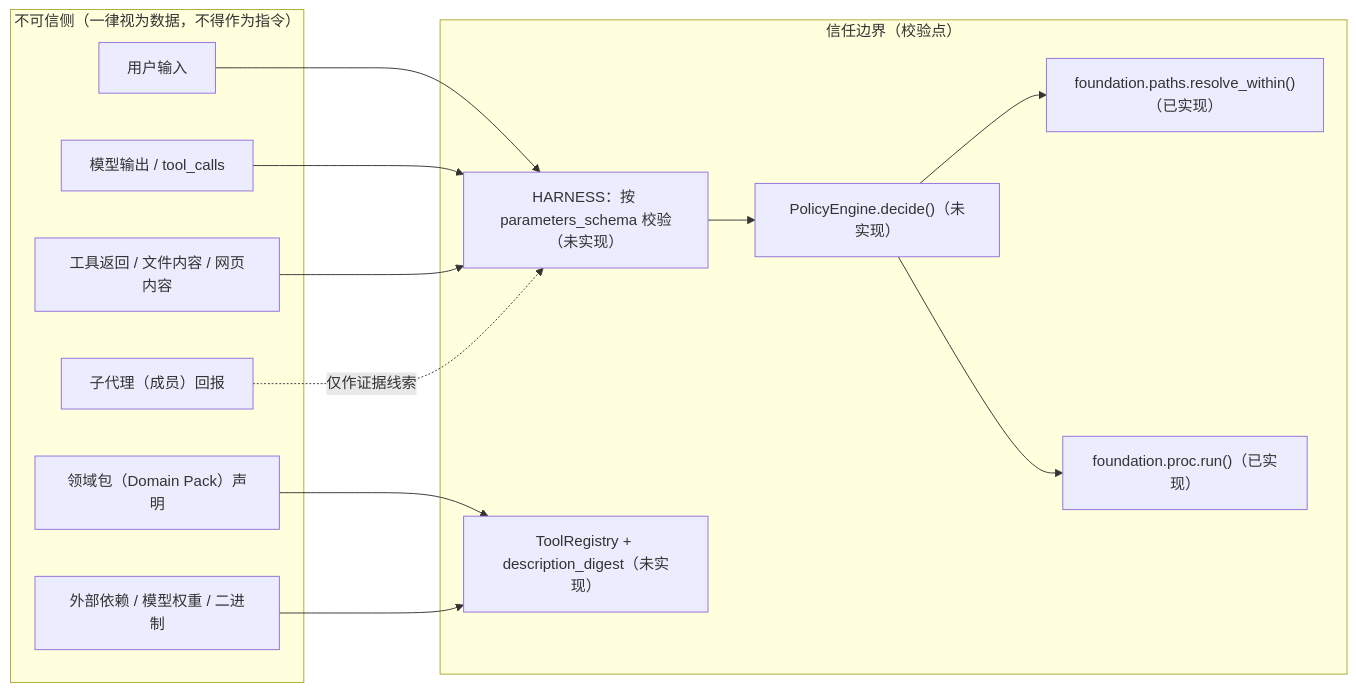
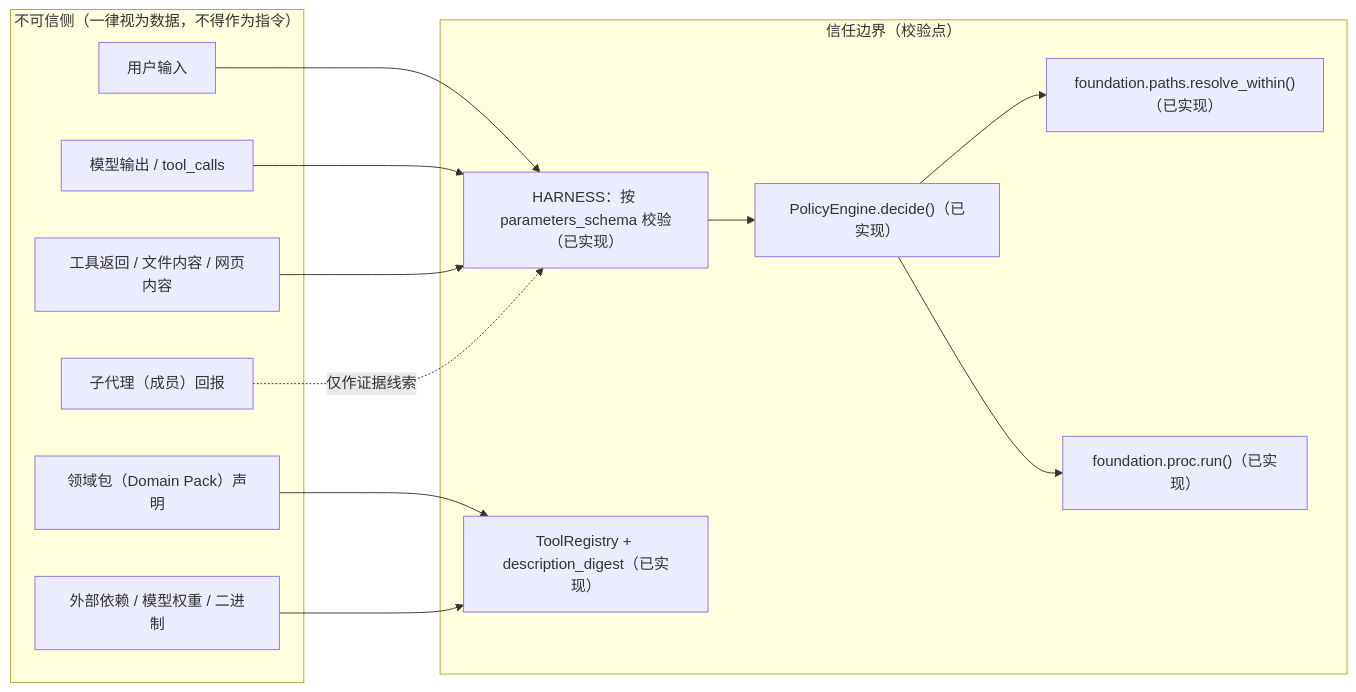
One commit to sukinoelsuki/software_engineering changed the diagram in docs/design/threat-model/README.md. Above: the diagram before and after it, drawn with Mermaid. The commit also changed other lines of this file, not shown here.

````diff
--- a/docs/design/threat-model/README.md
+++ b/docs/design/threat-model/README.md
@@ -115,29 +121,29 @@
 ```mermaid
 flowchart LR
     subgraph UNTRUSTED["不可信侧（一律视为数据，不得作为指令）"]
         U1["用户输入"]
         U2["模型输出 / tool_calls"]
         U3["工具返回 / 文件内容 / 网页内容"]
         U4["子代理（成员）回报"]
         U5["领域包（Domain Pack）声明"]
         U6["外部依赖 / 模型权重 / 二进制"]
     end
 
     subgraph TB["信任边界（校验点）"]
-        H["HARNESS：按 parameters_schema 校验（未实现）"]
-        P["PolicyEngine.decide()（未实现）"]
+        H["HARNESS：按 parameters_schema 校验（已实现）"]
+        P["PolicyEngine.decide()（已实现）"]
         PA["foundation.paths.resolve_within()（已实现）"]
         PR["foundation.proc.run()（已实现）"]
-        REG["ToolRegistry + description_digest（未实现）"]
+        REG["ToolRegistry + description_digest（已实现）"]
     end
 
     U1 --> H
     U2 --> H
     U3 --> H
     U4 -.仅作证据线索.-> H
     U5 --> REG
     U6 --> REG
     H --> P
     P --> PA
     P --> PR
 ```
````
